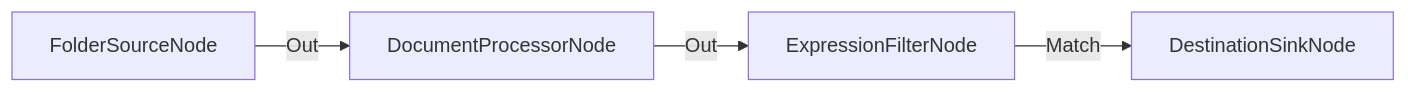
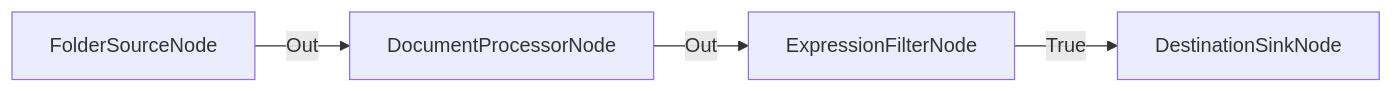
Before and after one commit to kaoticos53/ArchiveProceser: the diagram in docs/examples/02_intermediate/flow_15_inspeccion_documentos_texto.md, drawn with Mermaid. The commit also changed other lines of this file and 114 other files, not shown here.

````diff
--- a/docs/examples/02_intermediate/flow_15_inspeccion_documentos_texto.md
+++ b/docs/examples/02_intermediate/flow_15_inspeccion_documentos_texto.md
@@ -10,6 +10,6 @@
 ```mermaid
 graph LR
   A[FolderSourceNode] -->|Out| B[DocumentProcessorNode]
   B -->|Out| C[ExpressionFilterNode]
-  C -->|Match| D[DestinationSinkNode]
+  C -->|True| D[DestinationSinkNode]
 ```
````
